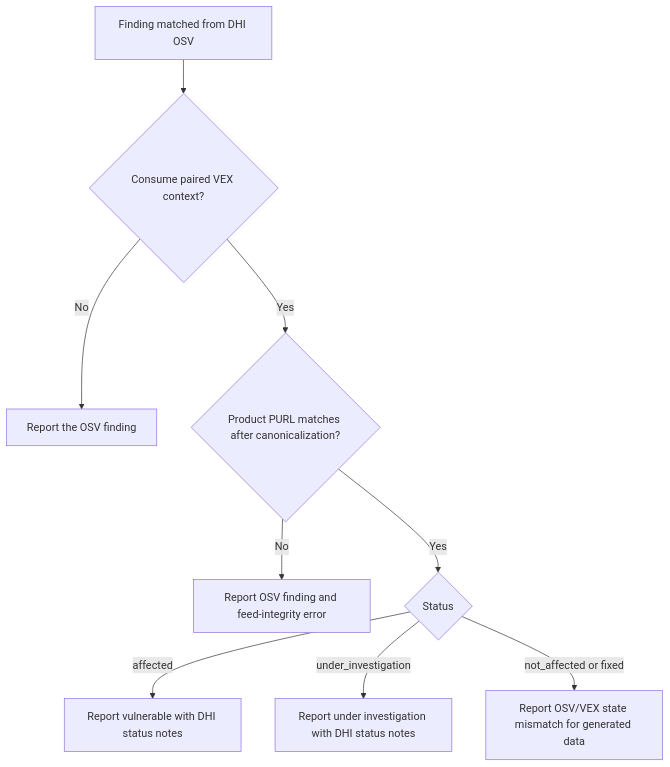
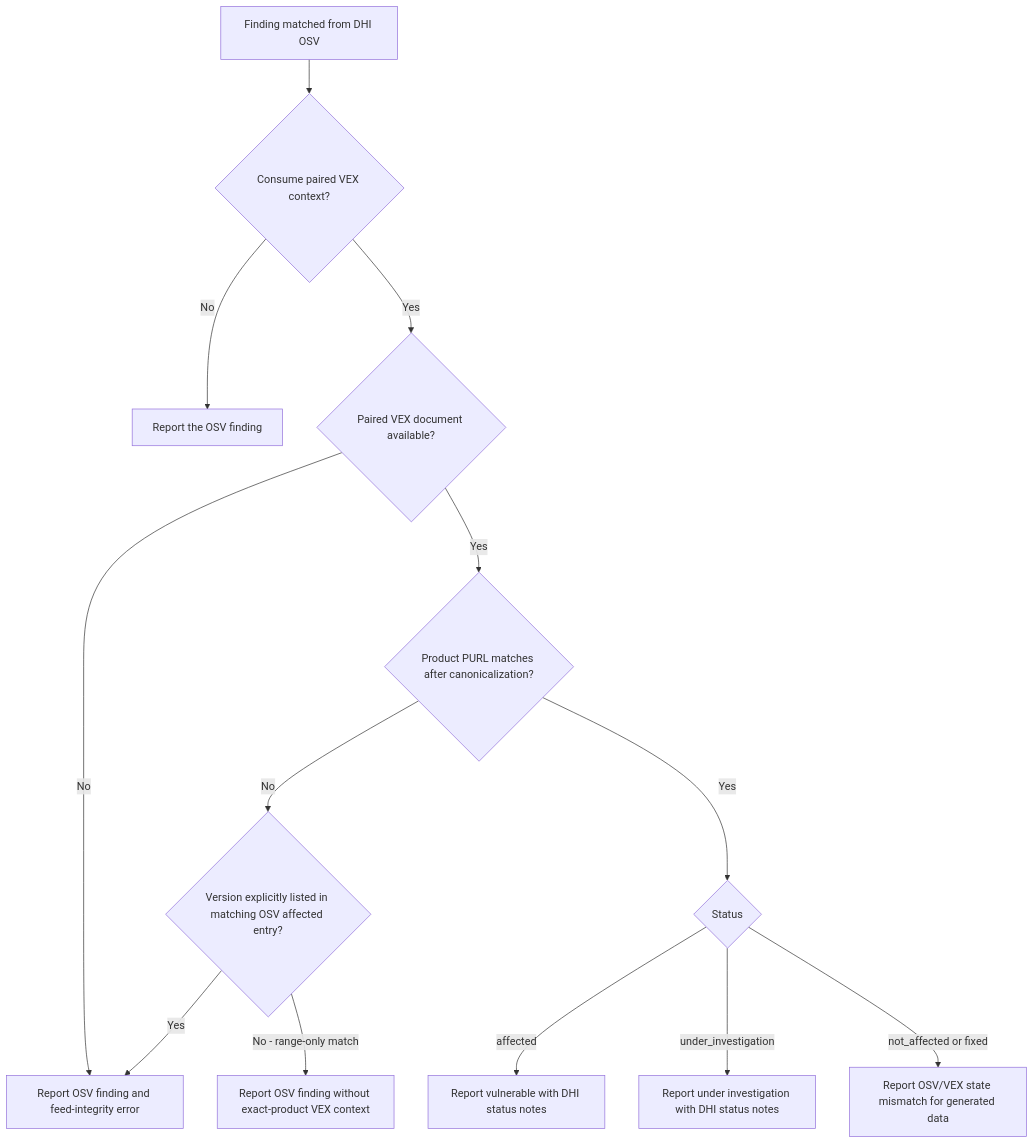
The third of 4 diagrams in integration/upcoming-id-dhi/docs/decision-trees.md (docker-hardened-images/advisories), drawn with Mermaid before and after one commit. The commit also changed other lines of this file and 4 other files, not shown here.

Commit message:
docs: distinguish range-only findings from VEX integrity errors

````diff
--- a/integration/upcoming-id-dhi/docs/decision-trees.md
+++ b/integration/upcoming-id-dhi/docs/decision-trees.md
@@ -49,11 +49,15 @@
 ```mermaid
 flowchart TD
   A[Finding matched from DHI OSV] --> B{Consume paired VEX context?}
   B -->|No| C[Report the OSV finding]
-  B -->|Yes| D{Product PURL matches after canonicalization?}
-  D -->|No| E[Report OSV finding and feed-integrity error]
+  B -->|Yes| J{Paired VEX document available?}
+  J -->|No| E[Report OSV finding and feed-integrity error]
+  J -->|Yes| D{Product PURL matches after canonicalization?}
+  D -->|No| K{Version explicitly listed in matching OSV affected entry?}
+  K -->|Yes| E
+  K -->|No - range-only match| L[Report OSV finding without exact-product VEX context]
   D -->|Yes| F{Status}
   F -->|affected| G[Report vulnerable with DHI status notes]
   F -->|under_investigation| H[Report under investigation with DHI status notes]
   F -->|not_affected or fixed| I[Report OSV/VEX state mismatch for generated data]
 ```
````
